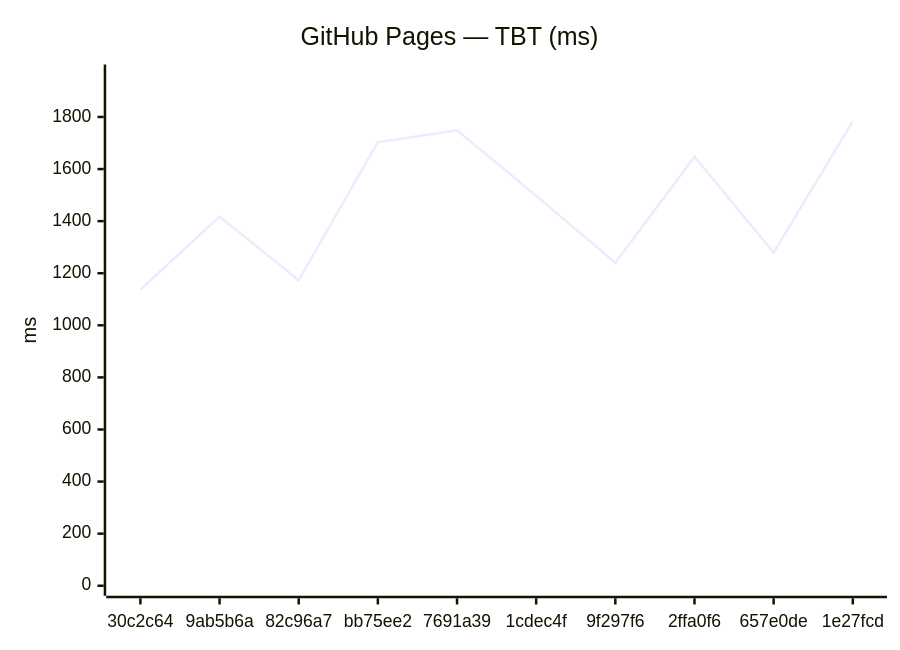
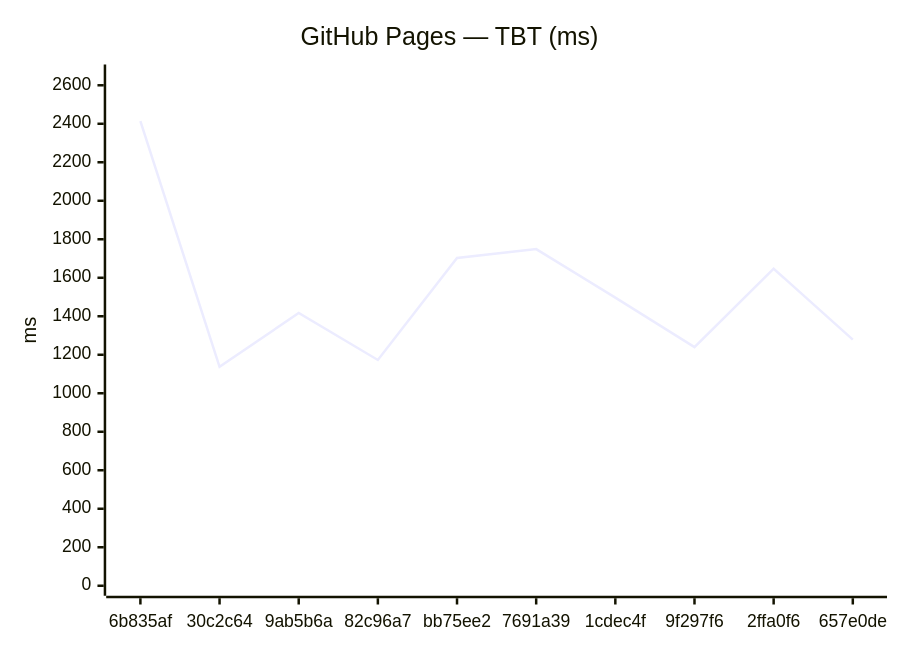
Before and after one commit to Metaheurist/Rianell: the fourth of 12 diagrams in benchmarks/compare.md, drawn with Mermaid. The commit also changed other lines of this file and 8 other files, not shown here.

````diff
--- a/benchmarks/compare.md
+++ b/benchmarks/compare.md
@@ -61,7 +61,7 @@
 ```mermaid
 xychart-beta
     title "GitHub Pages — TBT (ms)"
-    x-axis ["30c2c64", "9ab5b6a", "82c96a7", "bb75ee2", "7691a39", "1cdec4f", "9f297f6", "2ffa0f6", "657e0de", "1e27fcd"]
-    y-axis "ms" 0 --> 1963
-    line [1137, 1417, 1173, 1703, 1749, 1497, 1240, 1647, 1279, 1784]
+    x-axis ["6b835af", "30c2c64", "9ab5b6a", "82c96a7", "bb75ee2", "7691a39", "1cdec4f", "9f297f6", "2ffa0f6", "657e0de"]
+    y-axis "ms" 0 --> 2656
+    line [2414, 1137, 1417, 1173, 1703, 1749, 1497, 1240, 1647, 1279]
 ```
````
